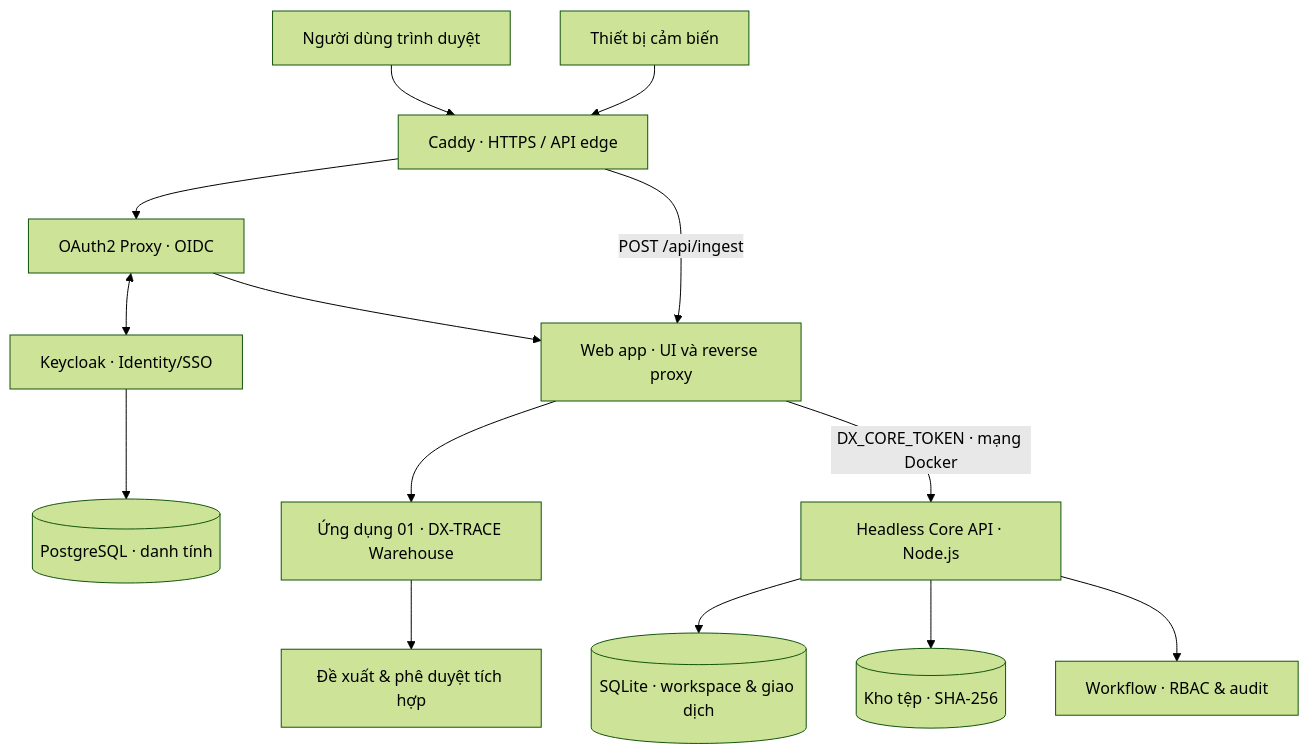
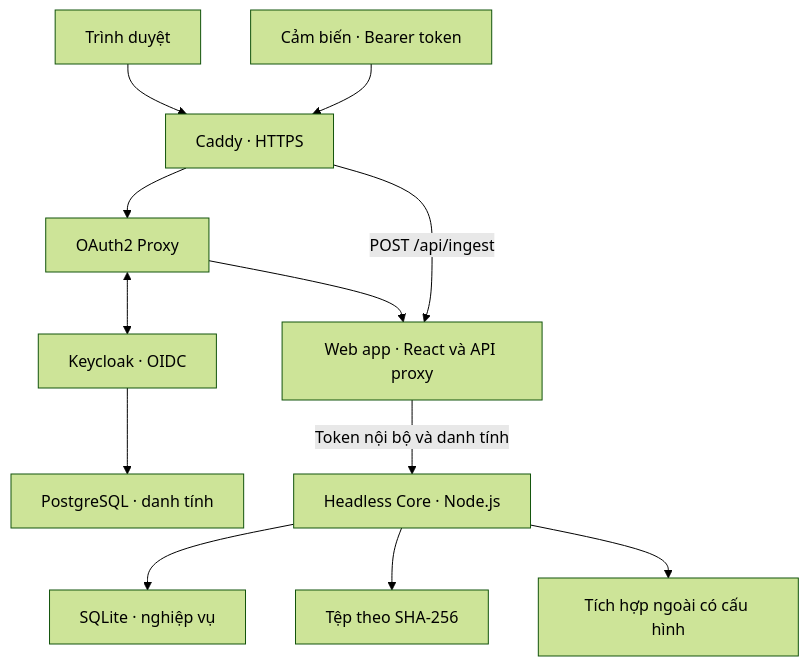
One commit to ngochieu1762005/dx_trace changed the diagram in README.md. Above: the diagram before and after it, drawn with Mermaid (forest theme). The commit also changed other lines of this file and 25 other files, not shown here.

````diff
--- a/README.md
+++ b/README.md
@@ -79,16 +85,14 @@
 ```mermaid
-flowchart TB
-    User["Người dùng trình duyệt"] --> Gateway["Caddy · HTTPS / API edge"]
-    Sensor["Thiết bị cảm biến"] --> Gateway
-    Gateway --> SignIn["OAuth2 Proxy · OIDC"]
-    SignIn <--> Keycloak["Keycloak · Identity/SSO"]
-    Keycloak --> IDDB[("PostgreSQL · danh tính")]
-    SignIn --> Web["Web app · UI và reverse proxy"]
-    Gateway -->|"POST /api/ingest"| Web
-    Web --> Warehouse["Ứng dụng 01 · DX-TRACE Warehouse"]
-    Warehouse --> Approvals["Đề xuất & phê duyệt tích hợp"]
-    Web -->|"DX_CORE_TOKEN · mạng Docker"| Core["Headless Core API · Node.js"]
-    Core --> Data[("SQLite · workspace & giao dịch")]
-    Core --> Files[("Kho tệp · SHA-256")]
-    Core --> Workflow["Workflow · RBAC & audit"]
+flowchart TD
+    Browser["Trình duyệt"] --> Edge["Caddy · HTTPS"]
+    Device["Cảm biến · Bearer token"] --> Edge
+    Edge --> Signin["OAuth2 Proxy"]
+    Signin <--> Identity["Keycloak · OIDC"]
+    Identity --> IdentityDB["PostgreSQL · danh tính"]
+    Signin --> App["Web app · React và API proxy"]
+    Edge -->|"POST /api/ingest"| App
+    App -->|"Token nội bộ và danh tính"| Core["Headless Core · Node.js"]
+    Core --> SQL["SQLite · nghiệp vụ"]
+    Core --> Objects["Tệp theo SHA-256"]
+    Core --> Integration["Tích hợp ngoài có cấu hình"]
 ```
````
